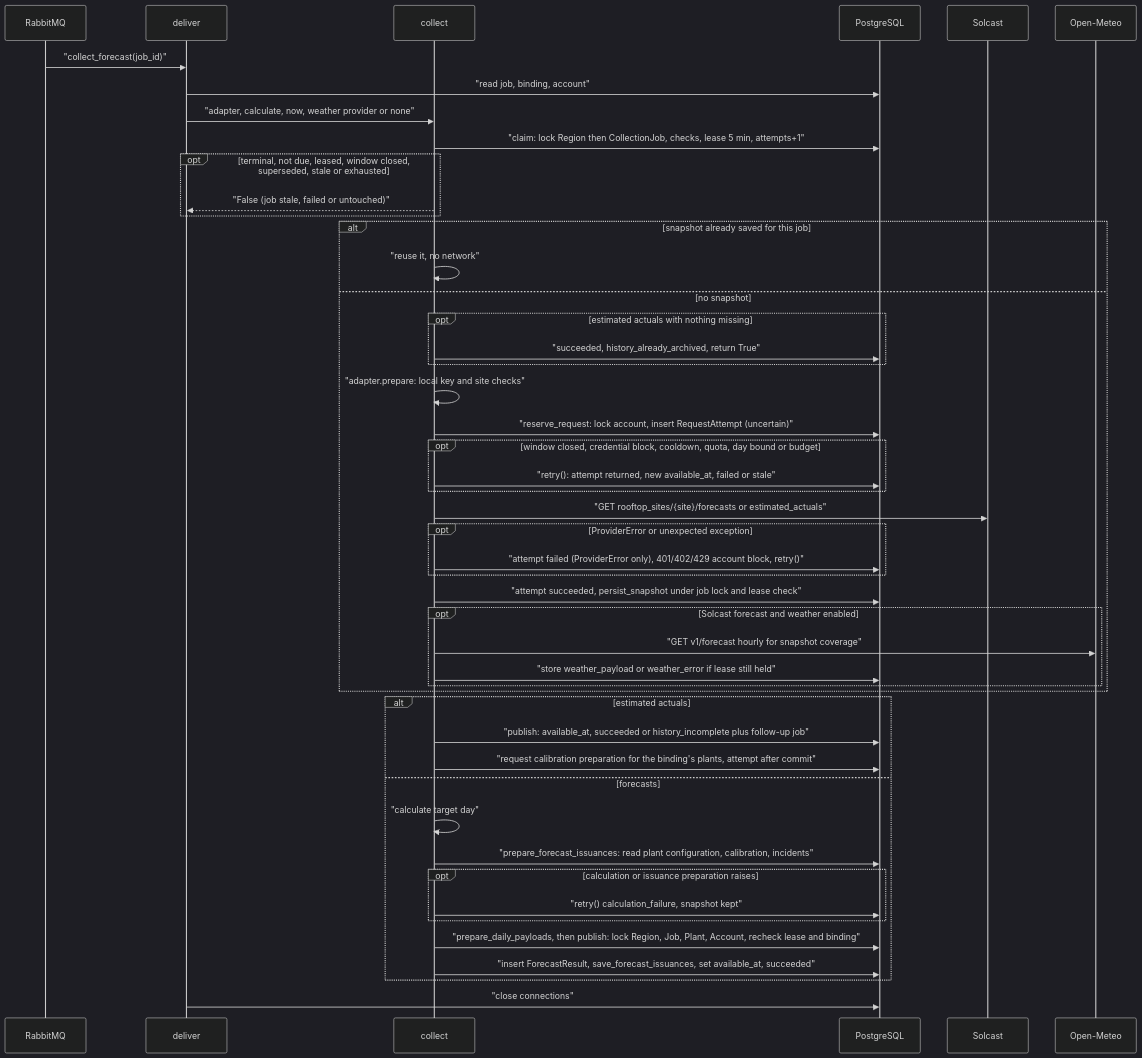
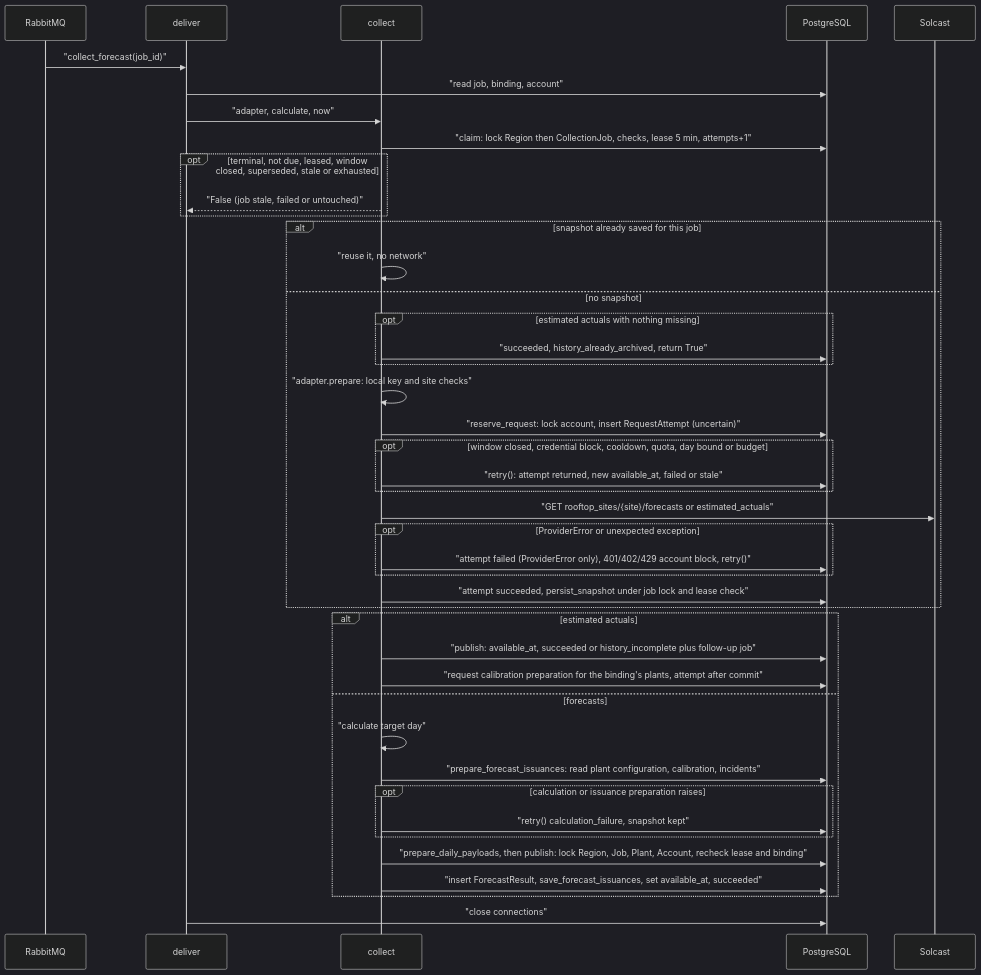
Before and after one commit to erkurtharun/pyracast: the diagram in docs/flows/forecast-collection-execution.md, drawn with Mermaid (dark theme). The commit also changed other lines of this file and 67 other files, not shown here.

````diff
--- a/docs/flows/forecast-collection-execution.md
+++ b/docs/flows/forecast-collection-execution.md
@@ -14,50 +14,45 @@
 ```mermaid
 sequenceDiagram
     participant Q as RabbitMQ
     participant W as deliver
     participant C as collect
     participant DB as PostgreSQL
     participant S as Solcast
-    participant M as Open-Meteo
     Q->>W: "collect_forecast(job_id)"
     W->>DB: "read job, binding, account"
-    W->>C: "adapter, calculate, now, weather provider or none"
+    W->>C: "adapter, calculate, now"
     C->>DB: "claim: lock Region then CollectionJob, checks, lease 5 min, attempts+1"
     opt terminal, not due, leased, window closed, superseded, stale or exhausted
         C-->>W: "False (job stale, failed or untouched)"
     end
     alt snapshot already saved for this job
         C->>C: "reuse it, no network"
     else no snapshot
         opt estimated actuals with nothing missing
             C->>DB: "succeeded, history_already_archived, return True"
         end
         C->>C: "adapter.prepare: local key and site checks"
         C->>DB: "reserve_request: lock account, insert RequestAttempt (uncertain)"
         opt window closed, credential block, cooldown, quota, day bound or budget
             C->>DB: "retry(): attempt returned, new available_at, failed or stale"
         end
         C->>S: "GET rooftop_sites/{site}/forecasts or estimated_actuals"
         opt ProviderError or unexpected exception
             C->>DB: "attempt failed (ProviderError only), 401/402/429 account block, retry()"
         end
         C->>DB: "attempt succeeded, persist_snapshot under job lock and lease check"
-        opt Solcast forecast and weather enabled
-            C->>M: "GET v1/forecast hourly for snapshot coverage"
-            C->>DB: "store weather_payload or weather_error if lease still held"
-        end
     end
     alt estimated actuals
         C->>DB: "publish: available_at, succeeded or history_incomplete plus follow-up job"
         C->>DB: "request calibration preparation for the binding's plants, attempt after commit"
     else forecasts
         C->>C: "calculate target day"
         C->>DB: "prepare_forecast_issuances: read plant configuration, calibration, incidents"
         opt calculation or issuance preparation raises
             C->>DB: "retry() calculation_failure, snapshot kept"
         end
         C->>DB: "prepare_daily_payloads, then publish: lock Region, Job, Plant, Account, recheck lease and binding"
         C->>DB: "insert ForecastResult, save_forecast_issuances, set available_at, succeeded"
     end
     W->>DB: "close connections"
 ```
````
